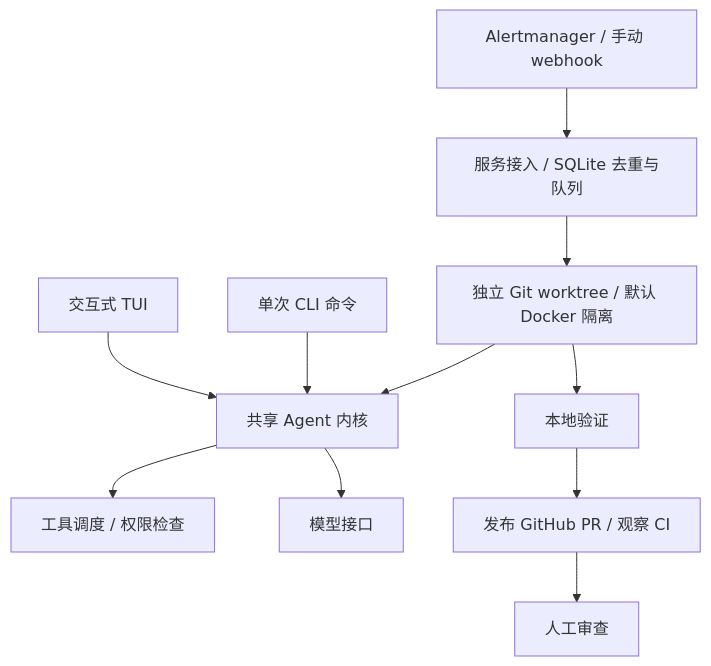
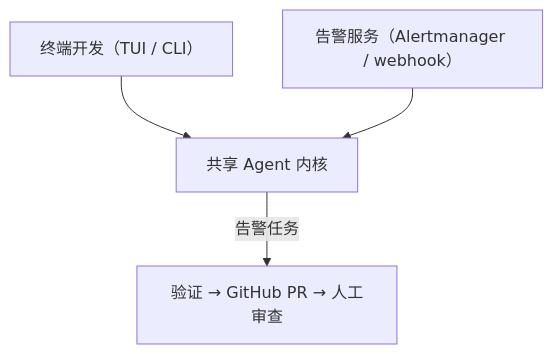
One commit to pretextQ/MewCode changed the diagram in README.md. Above: the diagram before and after it, drawn with Mermaid. The commit also changed other lines of this file, not shown here.

Commit message:
Simplify README architecture diagram

````diff
--- a/README.md
+++ b/README.md
@@ -47,13 +47,6 @@
 ```mermaid
 flowchart TB
-    TUI["交互式 TUI"] --> Agent["共享 Agent 内核"]
-    CLI["单次 CLI 命令"] --> Agent
-    Alert["Alertmanager / 手动 webhook"] --> Queue["服务接入 / SQLite 去重与队列"]
-    Queue --> Repair["独立 Git worktree / 默认 Docker 隔离"]
-    Repair --> Agent
-    Agent --> Tools["工具调度 / 权限检查"]
-    Agent --> LLM["模型接口"]
-    Repair --> Verify["本地验证"]
-    Verify --> PR["发布 GitHub PR / 观察 CI"]
-    PR --> Review["人工审查"]
+    Terminal["终端开发（TUI / CLI）"] --> Agent["共享 Agent 内核"]
+    Service["告警服务（Alertmanager / webhook）"] --> Agent
+    Agent -->|告警任务| Delivery["验证 → GitHub PR → 人工审查"]
 ```
````
